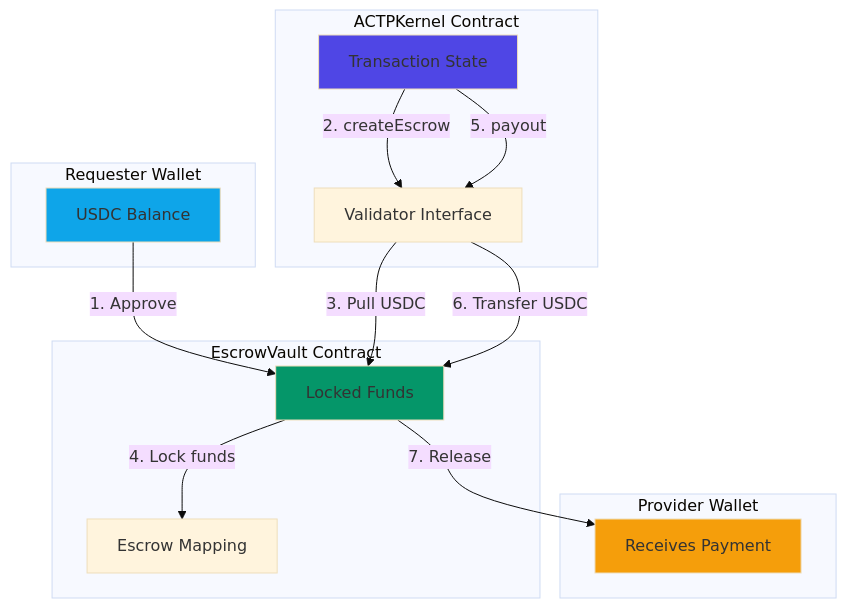
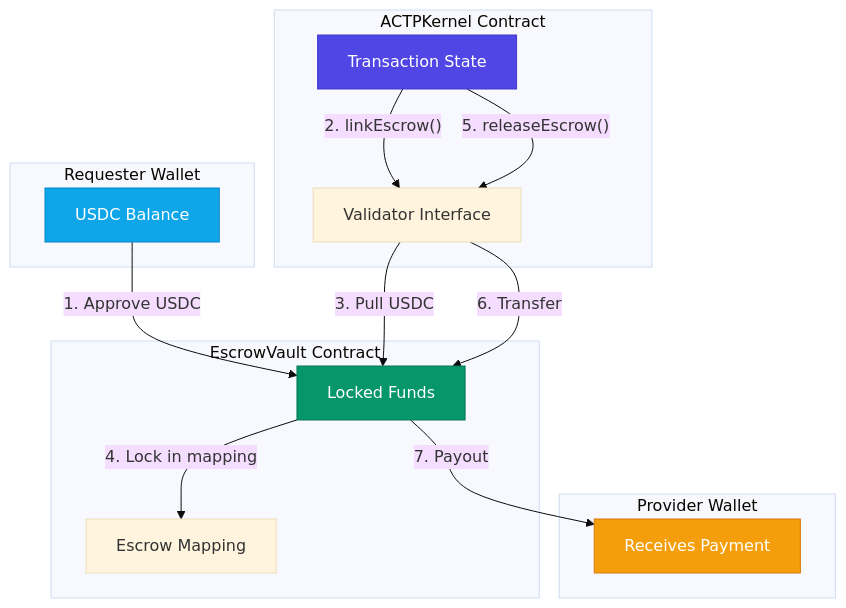
Before and after one commit to agirails/docs: the first of 2 diagrams in docs/concepts/escrow-mechanism.md, drawn with Mermaid (base theme). The commit also changed other lines of this file and 2 other files, not shown here.

First line of the commit message:
docs(concepts): upgrade escrow-mechanism, agent-identity, fee-model to new style

````diff
--- a/docs/concepts/escrow-mechanism.md
+++ b/docs/concepts/escrow-mechanism.md
@@ -31,33 +64,33 @@
 ```mermaid
 graph TB
     subgraph "Requester Wallet"
         R[USDC Balance]
     end
 
     subgraph "EscrowVault Contract"
         E[Locked Funds]
         M[Escrow Mapping]
     end
 
     subgraph "ACTPKernel Contract"
         K[Transaction State]
         V[Validator Interface]
     end
 
     subgraph "Provider Wallet"
         P[Receives Payment]
     end
 
-    R -->|1. Approve| E
-    K -->|2. createEscrow| V
-    V -->|3. Pull USDC| E
-    E -->|4. Lock funds| M
-    K -->|5. payout| V
-    V -->|6. Transfer USDC| E
-    E -->|7. Release| P
+    R -->|"1. Approve USDC"| E
+    K -->|"2. linkEscrow()"| V
+    V -->|"3. Pull USDC"| E
+    E -->|"4. Lock in mapping"| M
+    K -->|"5. releaseEscrow()"| V
+    V -->|"6. Transfer"| E
+    E -->|"7. Payout"| P
 
-    style E fill:#059669
-    style K fill:#4f46e5
-    style R fill:#0ea5e9
-    style P fill:#f59e0b
+    style E fill:#059669,stroke:#047857,color:#fff
+    style K fill:#4f46e5,stroke:#4338ca,color:#fff
+    style R fill:#0ea5e9,stroke:#0284c7,color:#fff
+    style P fill:#f59e0b,stroke:#d97706,color:#fff
 ```
````
